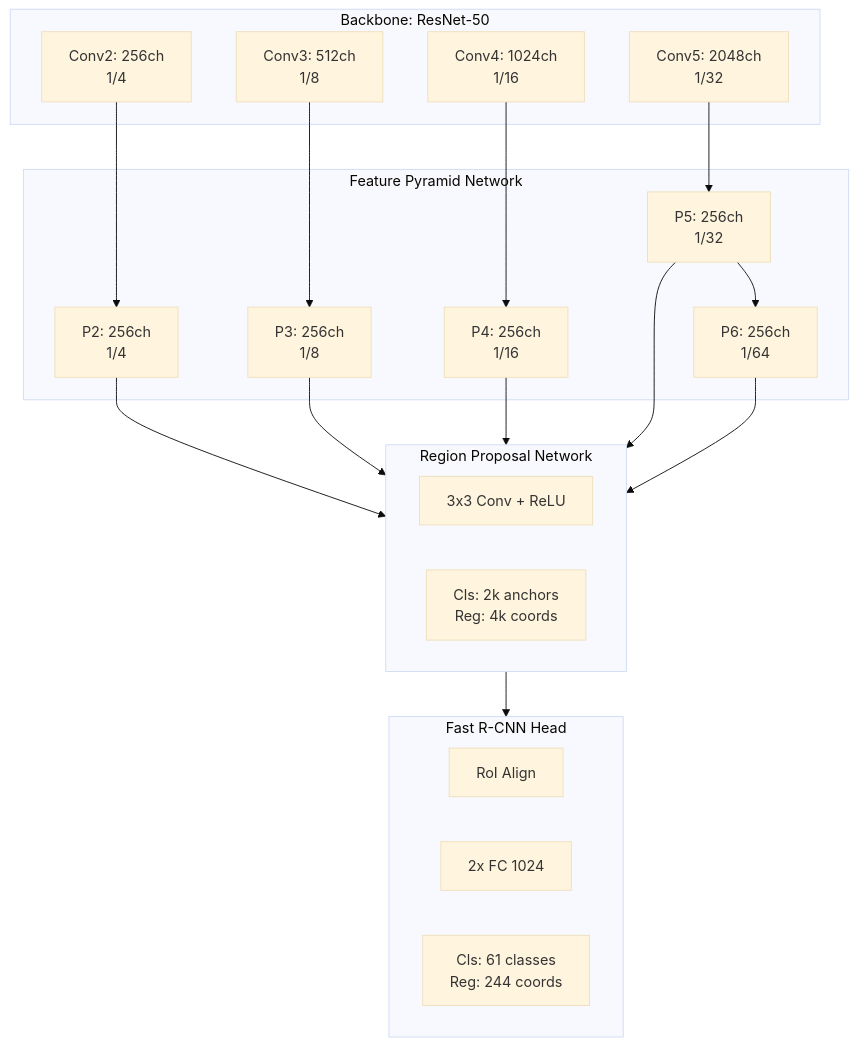
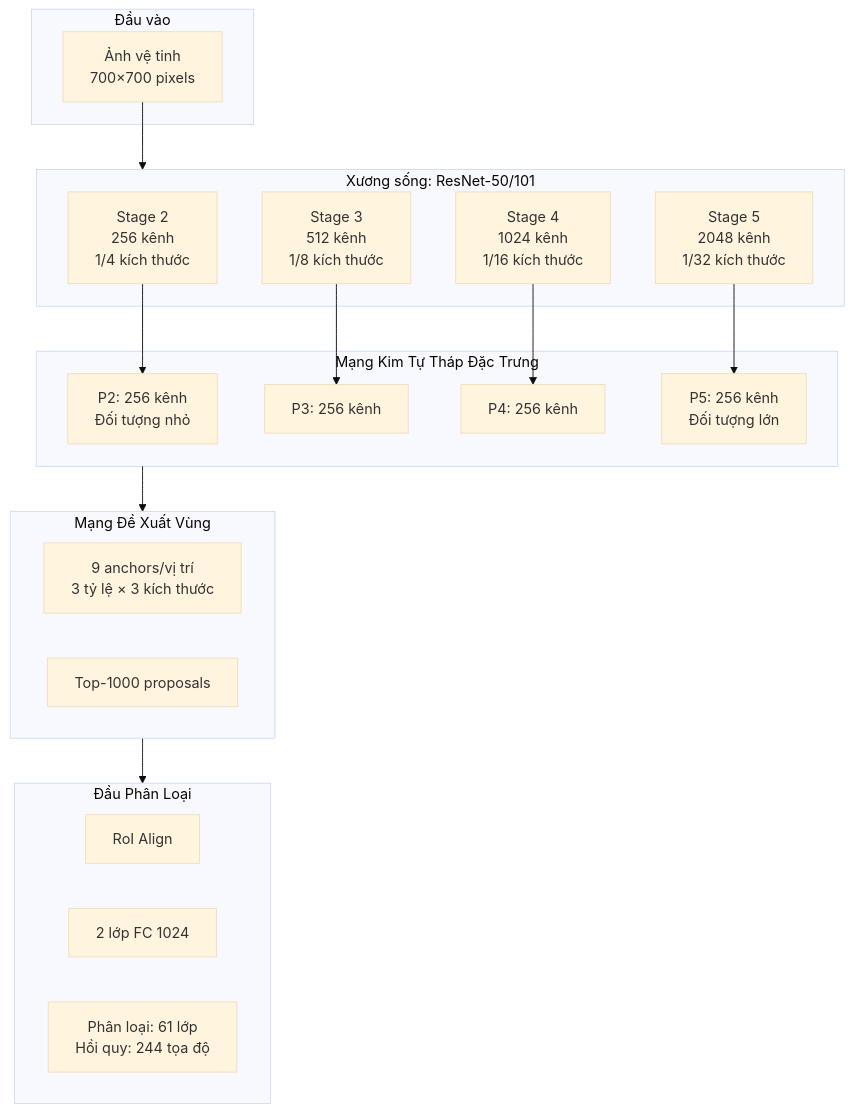
One commit to rerangst/geobayai_lab changed the third of 4 diagrams in research/chuong-06-xview-challenges/muc-01-xview1-object-detection/02-giai-nhat.md. Above: the diagram before and after it, drawn with Mermaid (base theme). The commit also changed other lines of this file and 18 other files, not shown here.

````diff
--- a/research/chuong-06-xview-challenges/muc-01-xview1-object-detection/02-giai-nhat.md
+++ b/research/chuong-06-xview-challenges/muc-01-xview1-object-detection/02-giai-nhat.md
@@ -161,42 +104,39 @@
 ```mermaid
 flowchart TB
-    subgraph Backbone[Backbone: ResNet-50]
-        C2[Conv2: 256ch<br/>1/4]
-        C3[Conv3: 512ch<br/>1/8]
-        C4[Conv4: 1024ch<br/>1/16]
-        C5[Conv5: 2048ch<br/>1/32]
+    subgraph INPUT["Đầu vào"]
+        IMG["Ảnh vệ tinh<br/>700×700 pixels"]
     end
 
-    subgraph FPN[Feature Pyramid Network]
-        P2[P2: 256ch<br/>1/4]
-        P3[P3: 256ch<br/>1/8]
-        P4[P4: 256ch<br/>1/16]
-        P5[P5: 256ch<br/>1/32]
-        P6[P6: 256ch<br/>1/64]
+    subgraph BACKBONE["Xương sống: ResNet-50/101"]
+        C2["Stage 2<br/>256 kênh<br/>1/4 kích thước"]
+        C3["Stage 3<br/>512 kênh<br/>1/8 kích thước"]
+        C4["Stage 4<br/>1024 kênh<br/>1/16 kích thước"]
+        C5["Stage 5<br/>2048 kênh<br/>1/32 kích thước"]
     end
 
-    subgraph RPN[Region Proposal Network]
-        R1[3x3 Conv + ReLU]
-        R2[Cls: 2k anchors<br/>Reg: 4k coords]
+    subgraph FPN["Mạng Kim Tự Tháp Đặc Trưng"]
+        P2["P2: 256 kênh<br/>Đối tượng nhỏ"]
+        P3["P3: 256 kênh"]
+        P4["P4: 256 kênh"]
+        P5["P5: 256 kênh<br/>Đối tượng lớn"]
     end
 
-    subgraph Head[Fast R-CNN Head]
-        H1[RoI Align]
-        H2[2x FC 1024]
-        H3[Cls: 61 classes<br/>Reg: 244 coords]
+    subgraph RPN["Mạng Đề Xuất Vùng"]
+        ANCHORS["9 anchors/vị trí<br/>3 tỷ lệ × 3 kích thước"]
+        PROPOSALS["Top-1000 proposals"]
     end
 
+    subgraph HEAD["Đầu Phân Loại"]
+        ROIALIGN["RoI Align"]
+        FC["2 lớp FC 1024"]
+        OUTPUT["Phân loại: 61 lớp<br/>Hồi quy: 244 tọa độ"]
+    end
+
+    IMG --> BACKBONE
     C2 --> P2
     C3 --> P3
     C4 --> P4
     C5 --> P5
-    P5 --> P6
 
-    P2 --> RPN
-    P3 --> RPN
-    P4 --> RPN
-    P5 --> RPN
-    P6 --> RPN
-
-    RPN --> Head
+    FPN --> RPN --> HEAD
 ```
````
